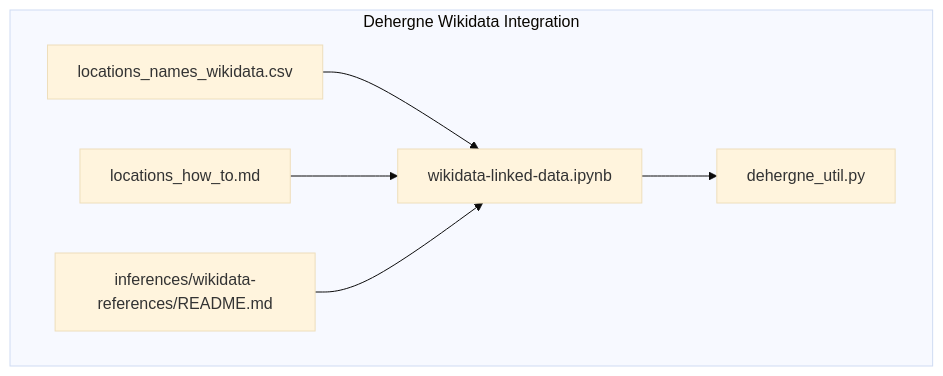
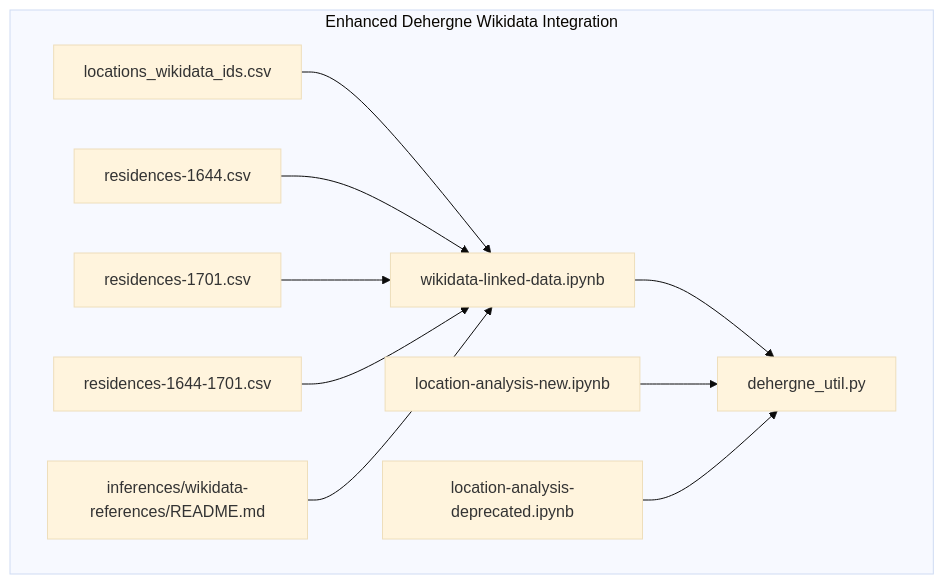
Before and after one commit to joaquimrcarvalho/dehergne-locations: the first of 4 diagrams in .qoder/repowiki/en/content/Data Enrichment/Wikidata Integration.md, drawn with Mermaid (base theme). The commit also changed other lines of this file and 8 other files, not shown here.

````diff
--- a/.qoder/repowiki/en/content/Data Enrichment/Wikidata Integration.md
+++ b/.qoder/repowiki/en/content/Data Enrichment/Wikidata Integration.md
@@ -33,14 +48,22 @@
 ```mermaid
 graph TB
-subgraph "Dehergne Wikidata Integration"
-CSV["locations_names_wikidata.csv"]
+subgraph "Enhanced Dehergne Wikidata Integration"
+CSV1["locations_wikidata_ids.csv"]
+CSV2["residences-1644.csv"]
+CSV3["residences-1701.csv"]
+CSV4["residences-1644-1701.csv"]
 NB["wikidata-linked-data.ipynb"]
 UTIL["dehergne_util.py"]
-DOC["locations_how_to.md"]
+ANALYSIS_NEW["location-analysis-new.ipynb"]
+ANALYSIS_OLD["location-analysis-deprecated.ipynb"]
 REFREAD["inferences/wikidata-references/README.md"]
 end
-CSV --> NB
+CSV1 --> NB
+CSV2 --> NB
+CSV3 --> NB
+CSV4 --> NB
 NB --> UTIL
-DOC --> NB
+ANALYSIS_NEW --> UTIL
+ANALYSIS_OLD --> UTIL
 REFREAD --> NB
 ```
````
